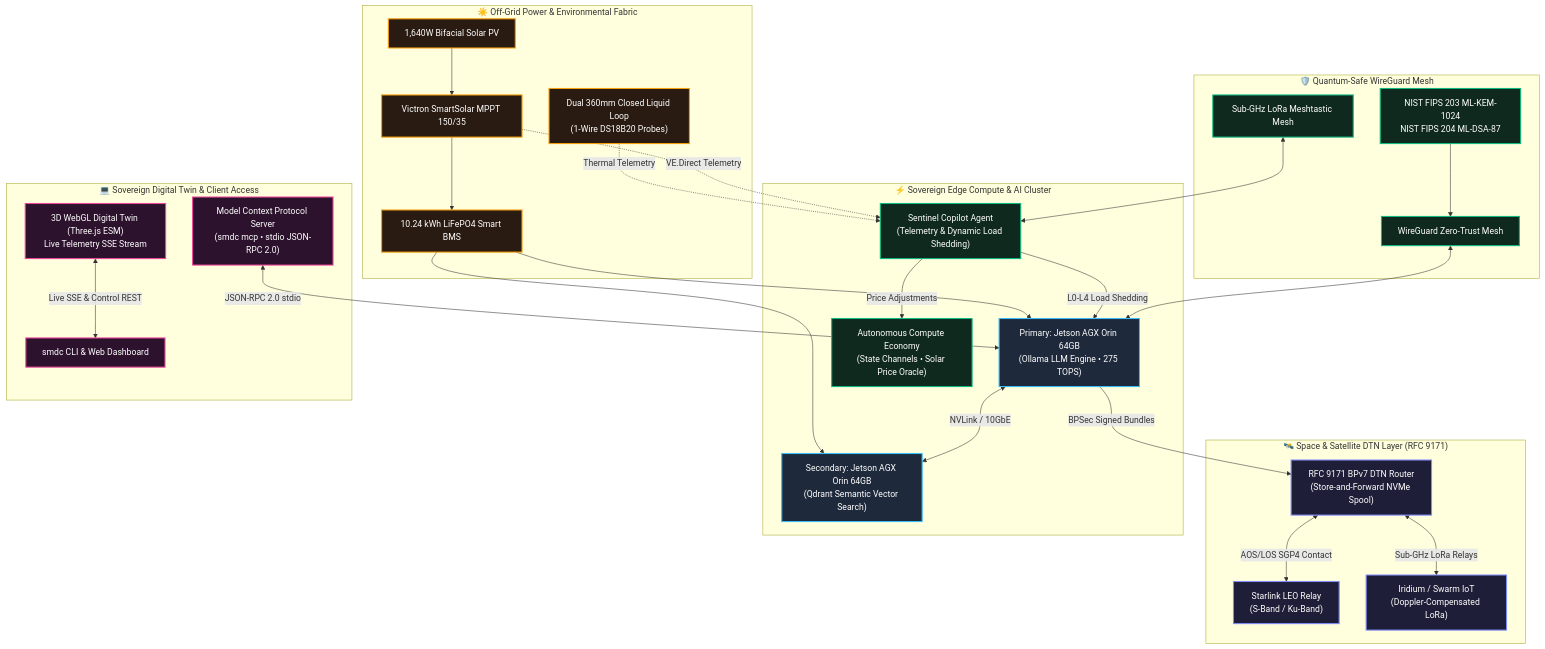
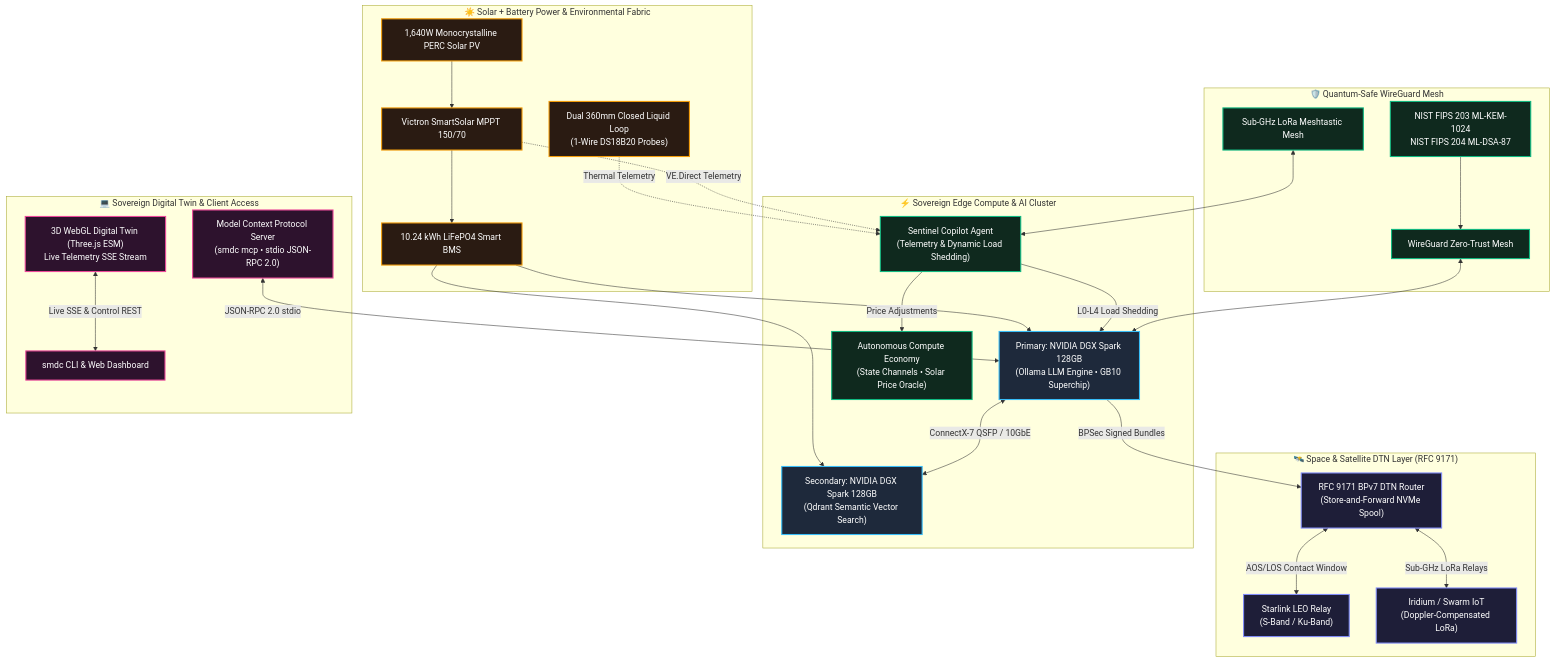
The diagram in README.md (iliachry/sovereign-mini-datacenter), drawn with Mermaid before and after one commit. The commit also changed other lines of this file and 174 other files, not shown here.

````diff
--- a/README.md
+++ b/README.md
@@ -45,60 +45,60 @@
 ```mermaid
 graph TD
     classDef space fill:#1e1e38,stroke:#818cf8,stroke-width:2px,color:#fff;
     classDef compute fill:#1e293b,stroke:#38bdf8,stroke-width:2px,color:#fff;
     classDef power fill:#2a1b12,stroke:#f59e0b,stroke-width:2px,color:#fff;
     classDef secure fill:#0f291e,stroke:#10b981,stroke-width:2px,color:#fff;
     classDef client fill:#2d122d,stroke:#ec4899,stroke-width:2px,color:#fff;
 
     subgraph SpaceLayer["🛰️ Space & Satellite DTN Layer (RFC 9171)"]
         Sat1["Starlink LEO Relay<br/>(S-Band / Ku-Band)"]:::space
         Sat2["Iridium / Swarm IoT<br/>(Doppler-Compensated LoRa)"]:::space
         DTNRouter["RFC 9171 BPv7 DTN Router<br/>(Store-and-Forward NVMe Spool)"]:::space
     end
 
-    subgraph EnergyLayer["☀️ Off-Grid Power & Environmental Fabric"]
-        Solar["1,640W Bifacial Solar PV"]:::power
-        MPPT["Victron SmartSolar MPPT 150/35"]:::power
+    subgraph EnergyLayer["☀️ Solar + Battery Power & Environmental Fabric"]
+        Solar["1,640W Monocrystalline PERC Solar PV"]:::power
+        MPPT["Victron SmartSolar MPPT 150/70"]:::power
         Battery["10.24 kWh LiFePO4 Smart BMS"]:::power
         Cooling["Dual 360mm Closed Liquid Loop<br/>(1-Wire DS18B20 Probes)"]:::power
     end
 
     subgraph ComputeStack["⚡ Sovereign Edge Compute & AI Cluster"]
-        Jetson1["Primary: Jetson AGX Orin 64GB<br/>(Ollama LLM Engine • 275 TOPS)"]:::compute
-        Jetson2["Secondary: Jetson AGX Orin 64GB<br/>(Qdrant Semantic Vector Search)"]:::compute
+        Spark1["Primary: NVIDIA DGX Spark 128GB<br/>(Ollama LLM Engine • GB10 Superchip)"]:::compute
+        Spark2["Secondary: NVIDIA DGX Spark 128GB<br/>(Qdrant Semantic Vector Search)"]:::compute
         Sentinel["Sentinel Copilot Agent<br/>(Telemetry & Dynamic Load Shedding)"]:::secure
         Economy["Autonomous Compute Economy<br/>(State Channels • Solar Price Oracle)"]:::secure
     end
 
     subgraph SecurityMesh["🛡️ Quantum-Safe WireGuard Mesh"]
         PQC["NIST FIPS 203 ML-KEM-1024<br/>NIST FIPS 204 ML-DSA-87"]:::secure
         WireGuard["WireGuard Zero-Trust Mesh"]:::secure
         LoRaMesh["Sub-GHz LoRa Meshtastic Mesh"]:::secure
     end
 
     subgraph ClientAccess["💻 Sovereign Digital Twin & Client Access"]
         WebTwin["3D WebGL Digital Twin (Three.js ESM)<br/>Live Telemetry SSE Stream"]:::client
         MCP["Model Context Protocol Server<br/>(smdc mcp • stdio JSON-RPC 2.0)"]:::client
         OpsConsole["smdc CLI & Web Dashboard"]:::client
     end
 
     Solar --> MPPT --> Battery
-    Battery --> Jetson1
-    Battery --> Jetson2
+    Battery --> Spark1
+    Battery --> Spark2
     Cooling -.->|"Thermal Telemetry"| Sentinel
     MPPT -.->|"VE.Direct Telemetry"| Sentinel
-    Sentinel -->|"L0-L4 Load Shedding"| Jetson1
+    Sentinel -->|"L0-L4 Load Shedding"| Spark1
     Sentinel -->|"Price Adjustments"| Economy
 
-    Jetson1 <-->|"NVLink / 10GbE"| Jetson2
-    Jetson1 -->|"BPSec Signed Bundles"| DTNRouter
-    DTNRouter <-->|"AOS/LOS SGP4 Contact"| Sat1
+    Spark1 <-->|"ConnectX-7 QSFP / 10GbE"| Spark2
+    Spark1 -->|"BPSec Signed Bundles"| DTNRouter
+    DTNRouter <-->|"AOS/LOS Contact Window"| Sat1
     DTNRouter <-->|"Sub-GHz LoRa Relays"| Sat2
 
     PQC --> WireGuard
-    WireGuard <--> Jetson1
+    WireGuard <--> Spark1
     LoRaMesh <--> Sentinel
 
     WebTwin <-->|"Live SSE & Control REST"| OpsConsole
-    MCP <-->|"JSON-RPC 2.0 stdio"| Jetson1
+    MCP <-->|"JSON-RPC 2.0 stdio"| Spark1
 ```
````
